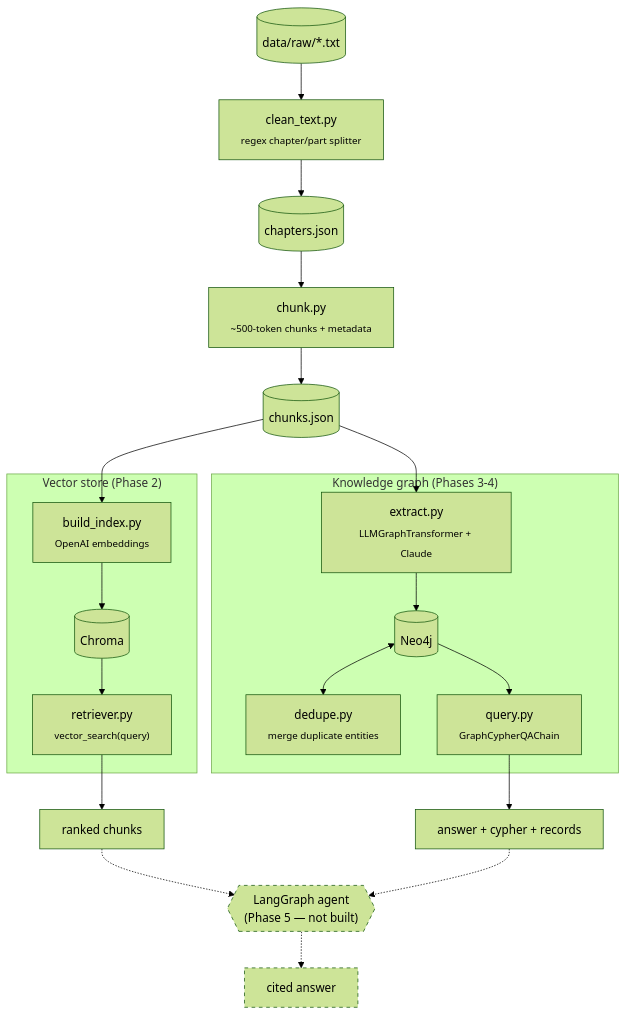
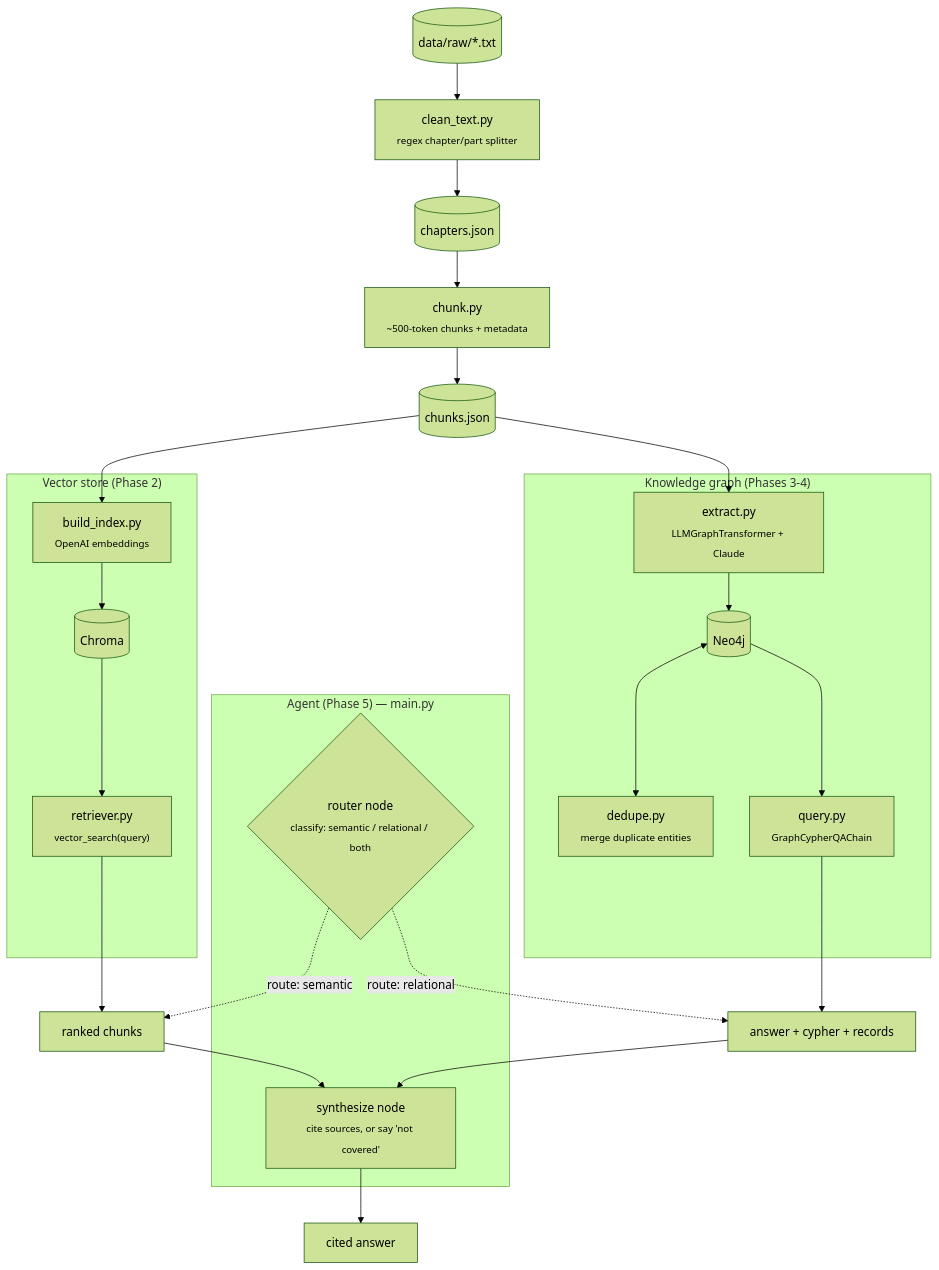
One commit to hosseinnassiri/silmarillionista changed the diagram in README.md. Above: the diagram before and after it, drawn with Mermaid (forest theme). The commit also changed other lines of this file and 5 other files, not shown here.

First line of the commit message:
Add Phase 5 LangGraph agent + fix graph query context pollution

````diff
--- a/README.md
+++ b/README.md
@@ -25,31 +24,35 @@
 ```mermaid
 flowchart TD
     raw[("data/raw/*.txt")] --> clean["clean_text.py<br/><sub>regex chapter/part splitter</sub>"]
     clean --> chapters[("chapters.json")]
     chapters --> chunk["chunk.py<br/><sub>~500-token chunks + metadata</sub>"]
     chunk --> chunks[("chunks.json")]
 
     subgraph vec["Vector store (Phase 2)"]
         build["build_index.py<br/><sub>OpenAI embeddings</sub>"] --> chroma[("Chroma")]
         chroma --> retriever["retriever.py<br/><sub>vector_search(query)</sub>"]
     end
 
     subgraph kg["Knowledge graph (Phases 3-4)"]
         extract["extract.py<br/><sub>LLMGraphTransformer + Claude</sub>"] --> neo4j[("Neo4j")]
         neo4j <--> dedupe["dedupe.py<br/><sub>merge duplicate entities</sub>"]
         neo4j --> query["query.py<br/><sub>GraphCypherQAChain</sub>"]
     end
 
     chunks --> build
     chunks --> extract
 
     retriever --> chunksOut["ranked chunks"]
     query --> answerOut["answer + cypher + records"]
 
-    chunksOut -.-> agent{{"LangGraph agent<br/>(Phase 5 — not built)"}}
-    answerOut -.-> agent
-    agent -.-> finalAnswer["cited answer"]
+    subgraph ag["Agent (Phase 5) — main.py"]
+        router{"router node<br/><sub>classify: semantic / relational / both</sub>"}
+        synth["synthesize node<br/><sub>cite sources, or say 'not covered'</sub>"]
+    end
 
-    classDef notbuilt stroke-dasharray: 5 5
-    class agent,finalAnswer notbuilt
+    router -.route: semantic.-> chunksOut
+    router -.route: relational.-> answerOut
+    chunksOut --> synth
+    answerOut --> synth
+    synth --> finalAnswer["cited answer"]
 ```
````
